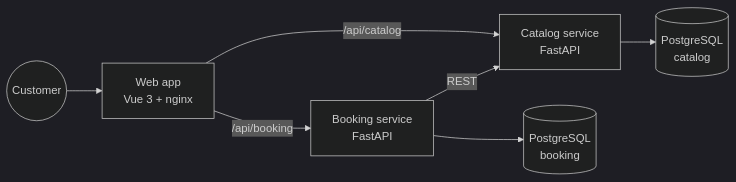
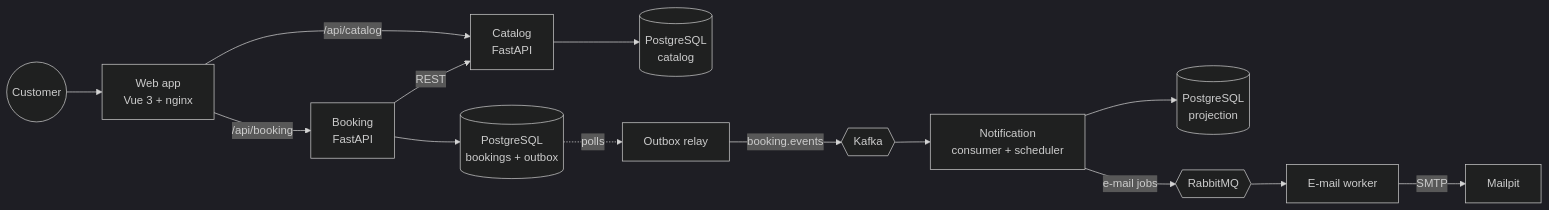
Before and after one commit to dev-matheusfranca/VagaCerta: the first of 2 diagrams in README.md, drawn with Mermaid (dark theme). The commit also changed other lines of this file and 4 other files, not shown here.

First line of the commit message:
docs: document the event-driven architecture

````diff
--- a/README.md
+++ b/README.md
@@ -71,9 +80,16 @@
 ```mermaid
 flowchart LR
-    user((Customer)) --> web
-    web["Web app<br/>Vue 3 + nginx"] -->|/api/catalog| catalog
-    web -->|/api/booking| booking
+    user((Customer)) --> web["Web app<br/>Vue 3 + nginx"]
+    web -->|/api/catalog| catalog["Catalog<br/>FastAPI"]
+    web -->|/api/booking| booking["Booking<br/>FastAPI"]
     booking -->|REST| catalog
-    catalog["Catalog service<br/>FastAPI"] --> catalogdb[(PostgreSQL<br/>catalog)]
-    booking["Booking service<br/>FastAPI"] --> bookingdb[(PostgreSQL<br/>booking)]
+    catalog --> catalogdb[(PostgreSQL<br/>catalog)]
+    booking --> bookingdb[(PostgreSQL<br/>bookings + outbox)]
+    bookingdb -.->|polls| relay["Outbox relay"]
+    relay -->|booking.events| kafka{{Kafka}}
+    kafka --> notification["Notification<br/>consumer + scheduler"]
+    notification --> notificationdb[(PostgreSQL<br/>projection)]
+    notification -->|e-mail jobs| rabbitmq{{RabbitMQ}}
+    rabbitmq --> worker["E-mail worker"]
+    worker -->|SMTP| mail["Mailpit"]
 ```
````
